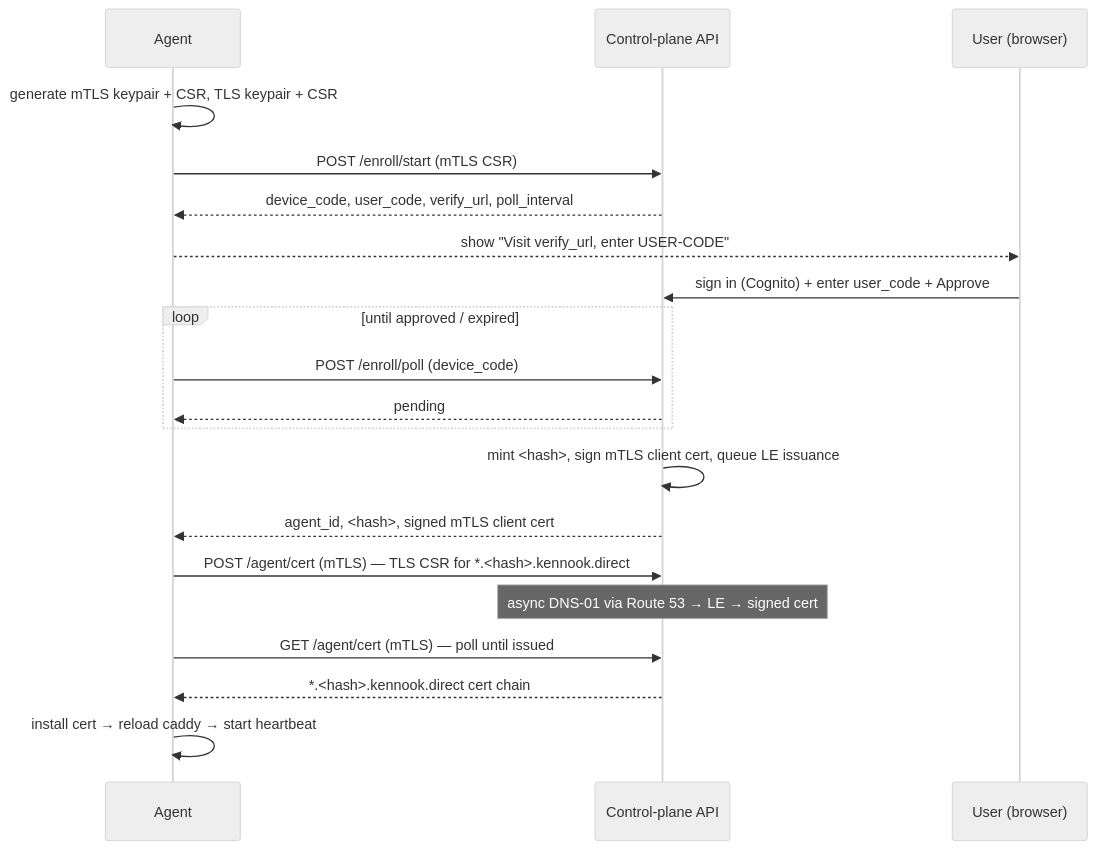
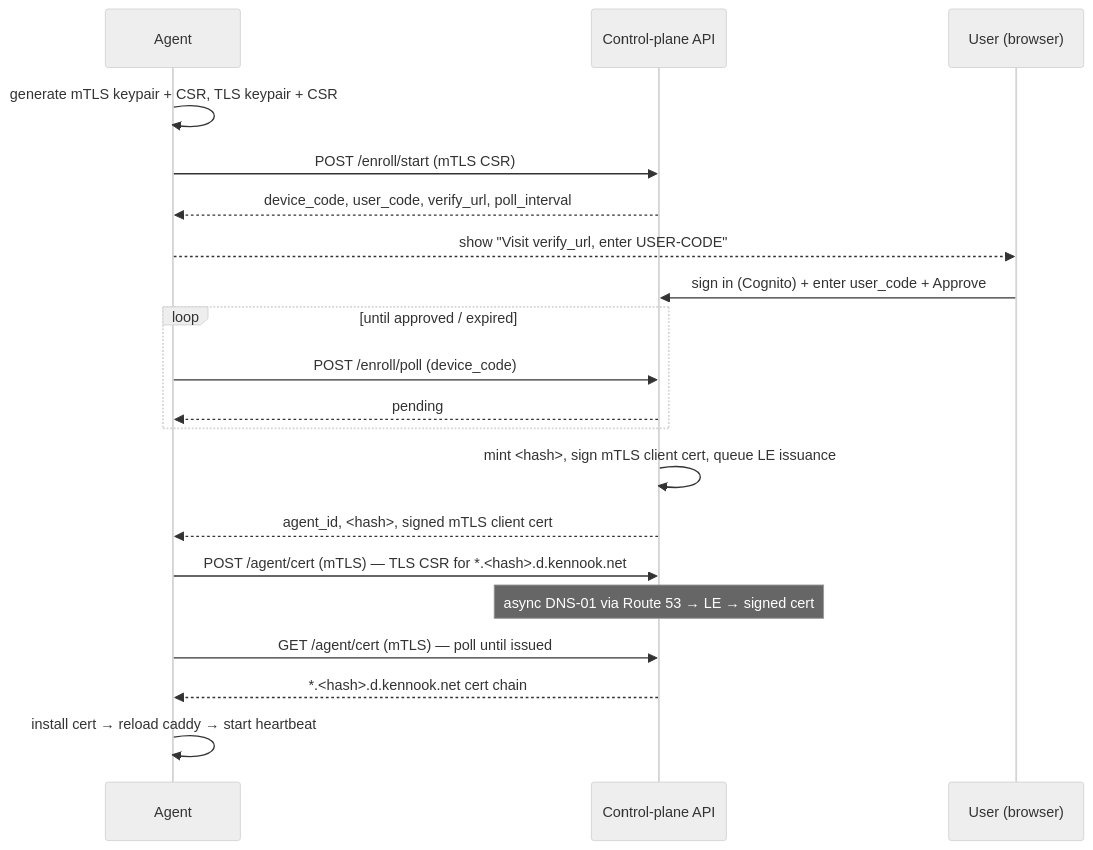
Before and after one commit to kennook/kennook: the second of 2 diagrams in docs/cloud/phase-0-spine.md, drawn with Mermaid (neutral theme). The commit also changed other lines of this file, not shown here.

First line of the commit message:
docs: cert plane uses d.kennook.net (owned) instead of kennook.direct

````diff
--- a/docs/cloud/phase-0-spine.md
+++ b/docs/cloud/phase-0-spine.md
@@ -160,23 +180,23 @@
 ```mermaid
 sequenceDiagram
   participant Agent
   participant Cloud as Control-plane API
   participant User as User (browser)
 
   Agent->>Agent: generate mTLS keypair + CSR, TLS keypair + CSR
   Agent->>Cloud: POST /enroll/start (mTLS CSR)
   Cloud-->>Agent: device_code, user_code, verify_url, poll_interval
   Agent-->>User: show "Visit verify_url, enter USER-CODE"
   User->>Cloud: sign in (Cognito) + enter user_code + Approve
   loop until approved / expired
     Agent->>Cloud: POST /enroll/poll (device_code)
     Cloud-->>Agent: pending
   end
   Cloud->>Cloud: mint <hash>, sign mTLS client cert, queue LE issuance
   Cloud-->>Agent: agent_id, <hash>, signed mTLS client cert
-  Agent->>Cloud: POST /agent/cert (mTLS) — TLS CSR for *.<hash>.kennook.direct
+  Agent->>Cloud: POST /agent/cert (mTLS) — TLS CSR for *.<hash>.d.kennook.net
   Note over Cloud: async DNS-01 via Route 53 → LE → signed cert
   Agent->>Cloud: GET /agent/cert (mTLS) — poll until issued
-  Cloud-->>Agent: *.<hash>.kennook.direct cert chain
+  Cloud-->>Agent: *.<hash>.d.kennook.net cert chain
   Agent->>Agent: install cert → reload caddy → start heartbeat
 ```
````
